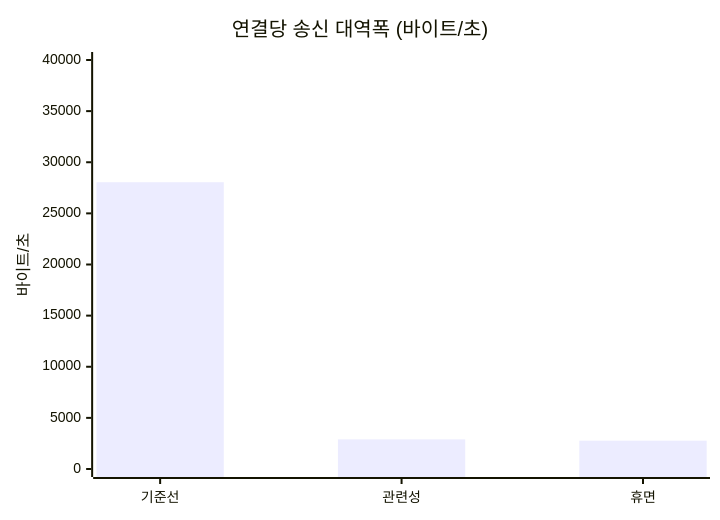
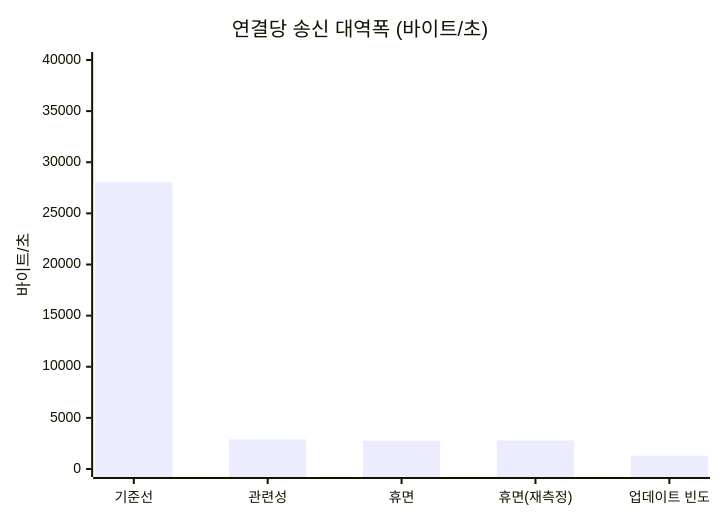
Before and after one commit to hon454/ue-dedicated-server-optimization-lab: the fifth of 5 diagrams in README.md, drawn with Mermaid. The commit also changed other lines of this file and 26 other files, not shown here.

````diff
--- a/README.md
+++ b/README.md
@@ -121,7 +126,7 @@
 ```mermaid
 xychart-beta
     title "연결당 송신 대역폭 (바이트/초)"
-    x-axis ["기준선", "관련성", "휴면"]
+    x-axis ["기준선", "관련성", "휴면", "휴면(재측정)", "업데이트 빈도"]
     y-axis "바이트/초" 0 --> 40000
-    bar [28048, 2897, 2772]
+    bar [28048, 2897, 2772, 2793, 1303]
 ```
````
